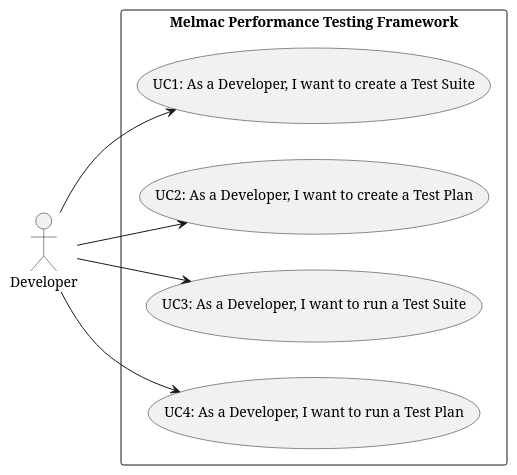
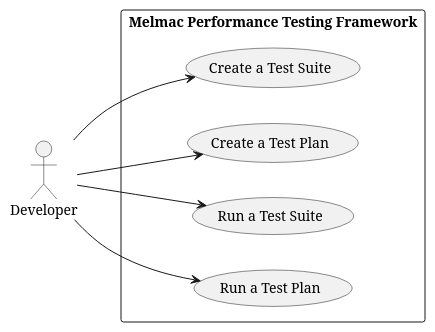
The diagram in docs/global-artifacts/01.requirements-engineering/puml/use-case-diagram.puml (Mindera/Alfie-Melmac-Performance-Testing), drawn with PlantUML before and after one commit. The commit also changed 31 other files, not shown here.

```diff
--- a/docs/global-artifacts/01.requirements-engineering/puml/use-case-diagram.puml
+++ b/docs/global-artifacts/01.requirements-engineering/puml/use-case-diagram.puml
@@ -1,18 +1,18 @@
 @startuml use-case-diagram
 left to right direction
 
 actor "Developer" as Dev
 
 rectangle "Melmac Performance Testing Framework" {
-    usecase "UC1: As a Developer, I want to create a Test Suite" as UC1
-    usecase "UC2: As a Developer, I want to create a Test Plan" as UC2
-    usecase "UC3: As a Developer, I want to run a Test Suite" as UC3
-    usecase "UC4: As a Developer, I want to run a Test Plan" as UC4
+    usecase "Create a Test Suite" as UC1
+    usecase "Create a Test Plan" as UC2
+    usecase "Run a Test Suite" as UC3
+    usecase "Run a Test Plan" as UC4
 }
 
 Dev --> UC1
 Dev --> UC2
 Dev --> UC3
 Dev --> UC4
 
 @enduml
```
